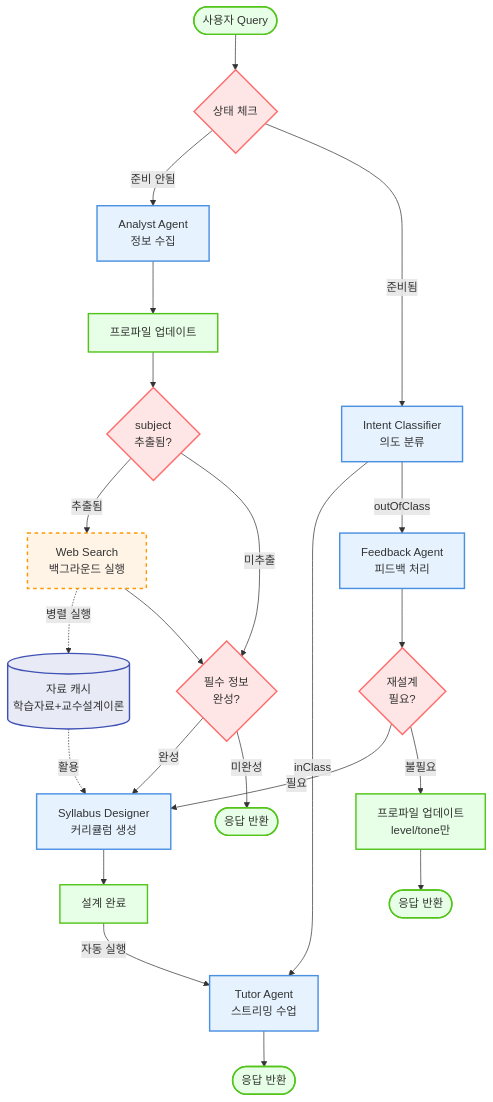
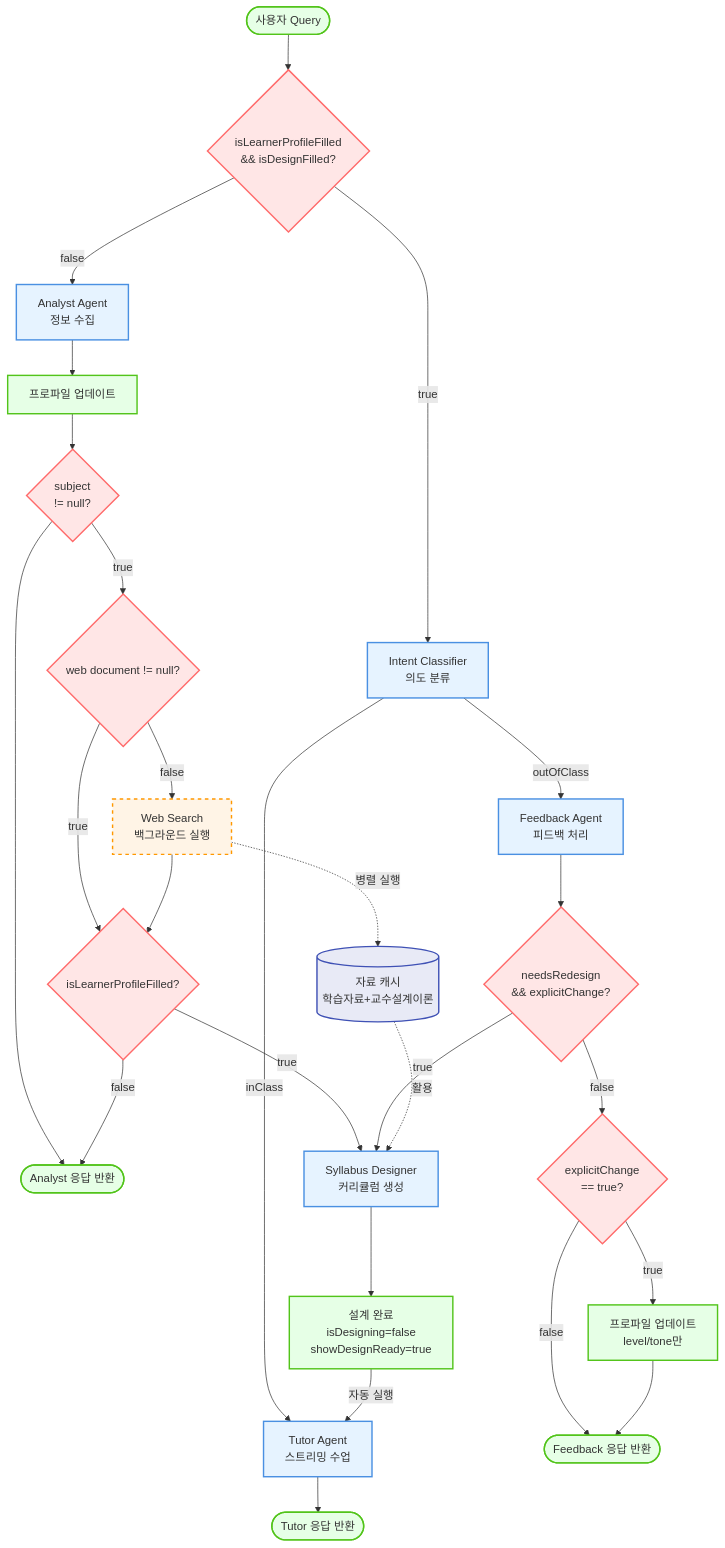
Before and after one commit to baekdusan/research-addie-chatbot: the third of 4 diagrams in flowchart.md, drawn with Mermaid. The commit also changed other lines of this file and 2 other files, not shown here.

Commit message:
개선된 flowchart 반영

````diff
--- a/flowchart.md
+++ b/flowchart.md
@@ -5,51 +131,55 @@
 ```mermaid
 flowchart TD
-    Start([사용자 Query]) --> StateCheck{상태 체크}
+    Start([사용자 Query]) --> ReadyCheck{isLearnerProfileFilled<br/>&& isDesignFilled?}
 
     %% 준비 안됨 경로
-    StateCheck -->|준비 안됨| Analyst[Analyst Agent<br/>정보 수집]
+    ReadyCheck -->|false| Analyst[Analyst Agent<br/>정보 수집]
     Analyst --> ProfileUpdate[프로파일 업데이트]
 
     %% 백그라운드 Web Search (subject 추출 시)
-    ProfileUpdate --> SubjectCheck{subject<br/>추출됨?}
-    SubjectCheck -->|추출됨| WebSearch[Web Search<br/>백그라운드 실행]
-    SubjectCheck -->|미추출| MandatoryCheck
+    ProfileUpdate --> SubjectCheck{subject<br/>!= null?}
+    SubjectCheck -->|true| DataCheck{web document != null?}
+    DataCheck -->|false| WebSearch[Web Search<br/>백그라운드 실행]
+    DataCheck -->|true| MandatoryCheck
+    SubjectCheck --> Response1([Analyst 응답 반환])
     WebSearch -.병렬 실행.-> ResourceCache[(자료 캐시<br/>학습자료+교수설계이론)]
     WebSearch --> MandatoryCheck
 
-    MandatoryCheck{필수 정보<br/>완성?}
-    MandatoryCheck -->|완성| DesignStart[Syllabus Designer<br/>커리큘럼 생성]
-    MandatoryCheck -->|미완성| Response1([응답 반환])
+    MandatoryCheck{isLearnerProfileFilled?}
+    MandatoryCheck -->|true| DesignStart[Syllabus Designer<br/>커리큘럼 생성]
+    MandatoryCheck -->|false| Response1
 
     %% 준비됨 경로
-    StateCheck -->|준비됨| IntentClassifier[Intent Classifier<br/>의도 분류]
+    ReadyCheck -->|true| IntentClassifier[Intent Classifier<br/>의도 분류]
 
     IntentClassifier -->|inClass| Tutor[Tutor Agent<br/>스트리밍 수업]
-    Tutor --> Response2([응답 반환])
+    Tutor --> Response2([Tutor 응답 반환])
 
     IntentClassifier -->|outOfClass| Feedback[Feedback Agent<br/>피드백 처리]
-    Feedback --> RedesignCheck{재설계<br/>필요?}
-    RedesignCheck -->|필요| DesignStart
-    RedesignCheck -->|불필요| ProfileUpdate2[프로파일 업데이트<br/>level/tone만]
-    ProfileUpdate2 --> Response3([응답 반환])
+    Feedback --> RedesignCheck{needsRedesign<br/>&& explicitChange?}
+    RedesignCheck -->|true| DesignStart
+    RedesignCheck -->|false| ExplicitCheck{explicitChange<br/>== true?}
+    ExplicitCheck -->|true| ProfileUpdate2[프로파일 업데이트<br/>level/tone만]
+    ExplicitCheck -->|false| Response3([Feedback 응답 반환])
+    ProfileUpdate2 --> Response3
 
     %% 설계 시 캐시 활용
     ResourceCache -.활용.-> DesignStart
 
     %% 설계 완료 후 자동 수업 시작
-    DesignStart --> DesignComplete[설계 완료]
+    DesignStart --> DesignComplete[설계 완료<br/>isDesigning=false<br/>showDesignReady=true]
     DesignComplete -->|자동 실행| Tutor
 
     %% 스타일링
     classDef decisionStyle fill:#FFE6E6,stroke:#FF6B6B,stroke-width:2px
     classDef processStyle fill:#E6F3FF,stroke:#4A90E2,stroke-width:2px
     classDef stateStyle fill:#E6FFE6,stroke:#52C41A,stroke-width:2px
     classDef backgroundStyle fill:#FFF4E6,stroke:#FF9800,stroke-width:2px,stroke-dasharray: 5 5
     classDef cacheStyle fill:#E8EAF6,stroke:#3F51B5,stroke-width:2px
 
-    class StateCheck,MandatoryCheck,RedesignCheck,SubjectCheck decisionStyle
+    class ReadyCheck,MandatoryCheck,RedesignCheck,DataCheck,SubjectCheck,ExplicitCheck decisionStyle
     class Analyst,IntentClassifier,Tutor,Feedback,DesignStart processStyle
     class Start,Response1,Response2,Response3,ProfileUpdate,ProfileUpdate2,DesignComplete stateStyle
     class WebSearch backgroundStyle
     class ResourceCache cacheStyle
 ```
````
